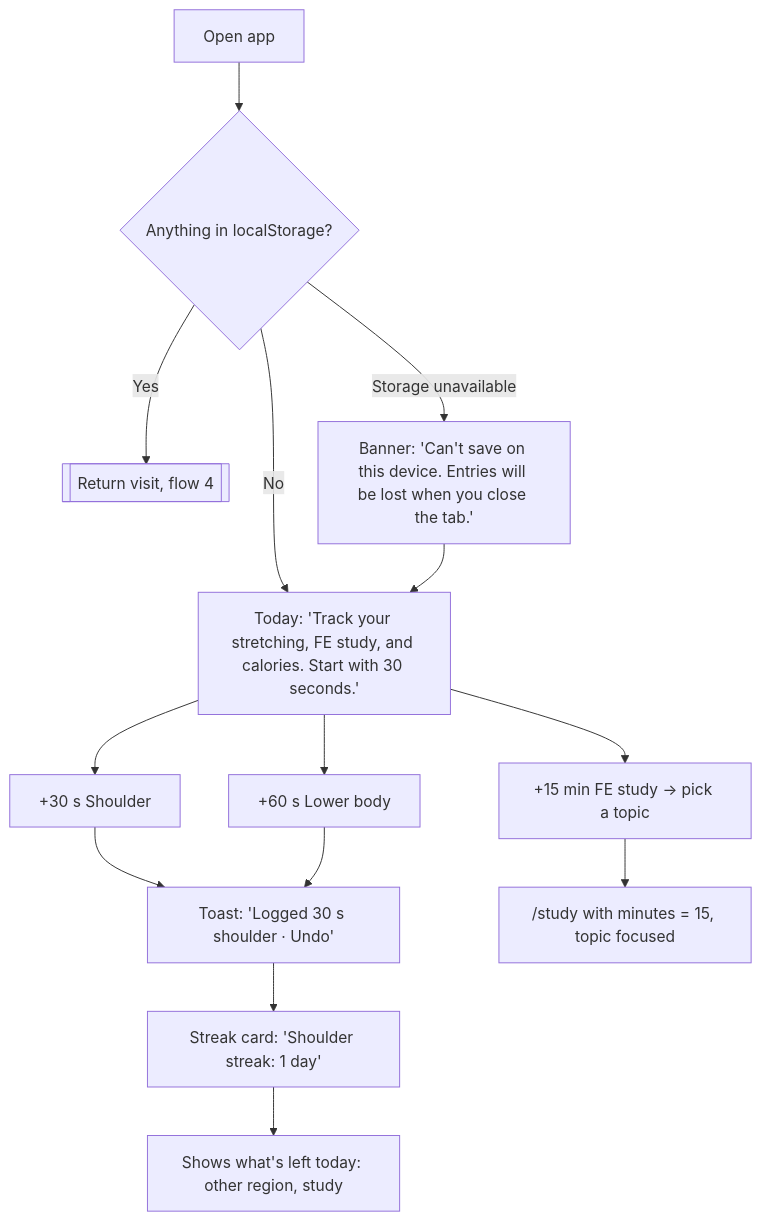
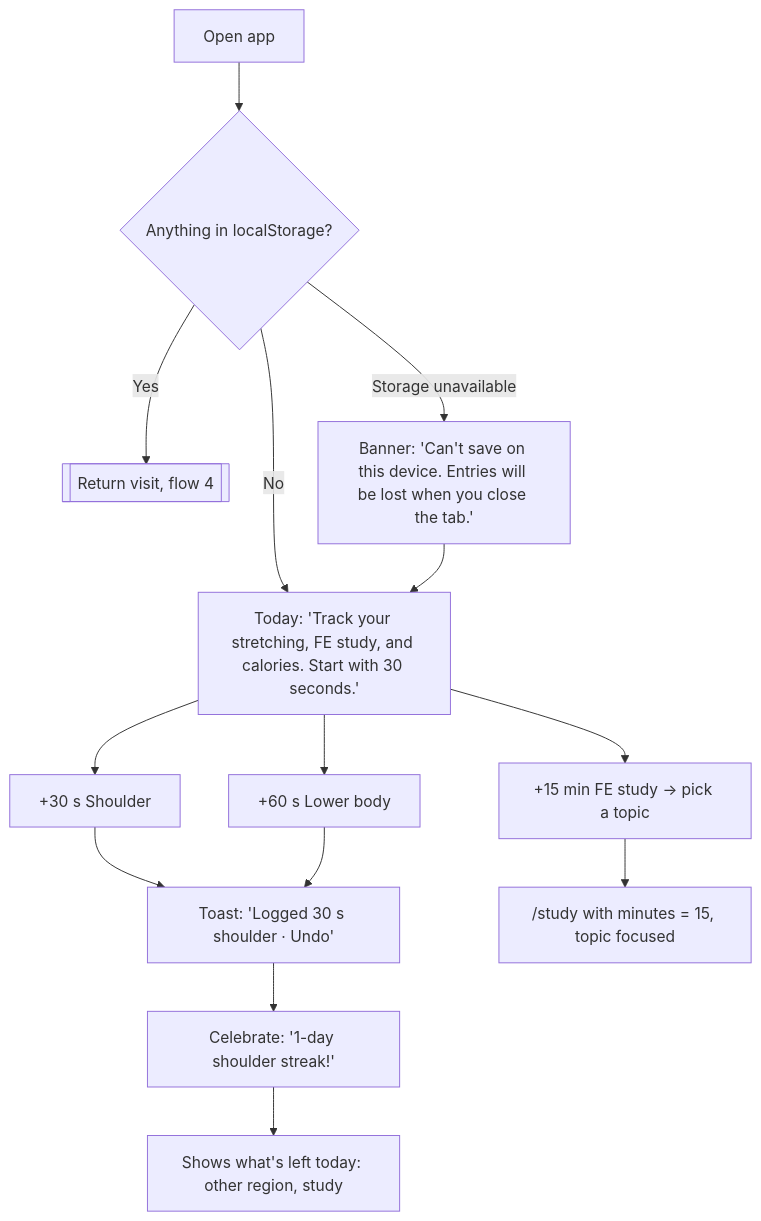
The second of 4 diagrams in flows.md (phamkd17/DBS-Assignment3), drawn with Mermaid before and after one commit. The commit also changed 1 other file, not shown here.

Commit message:
Add onboarding research (Duolingo, Lose It!, Bend) and chosen patterns

````diff
--- a/flows.md
+++ b/flows.md
@@ -29,16 +29,16 @@
 ```mermaid
 flowchart TD
   A[Open app] --> B{Anything in localStorage?}
   B -- No --> C["Today: 'Track your stretching, FE study, and calories. Start with 30 seconds.'"]
   B -- Yes --> R[[Return visit, flow 4]]
   B -- Storage unavailable --> X["Banner: 'Can't save on this device. Entries will be lost when you close the tab.'"]
   X --> C
   C --> D["+30 s Shoulder"]
   C --> E["+60 s Lower body"]
   C --> F["+15 min FE study → pick a topic"]
   D --> G["Toast: 'Logged 30 s shoulder · Undo'"]
   E --> G
   F --> H["/study with minutes = 15, topic focused"]
-  G --> I["Streak card: 'Shoulder streak: 1 day'"]
+  G --> I["Celebrate: '1-day shoulder streak!'"]
   I --> J[Shows what's left today: other region, study]
 ```
````
